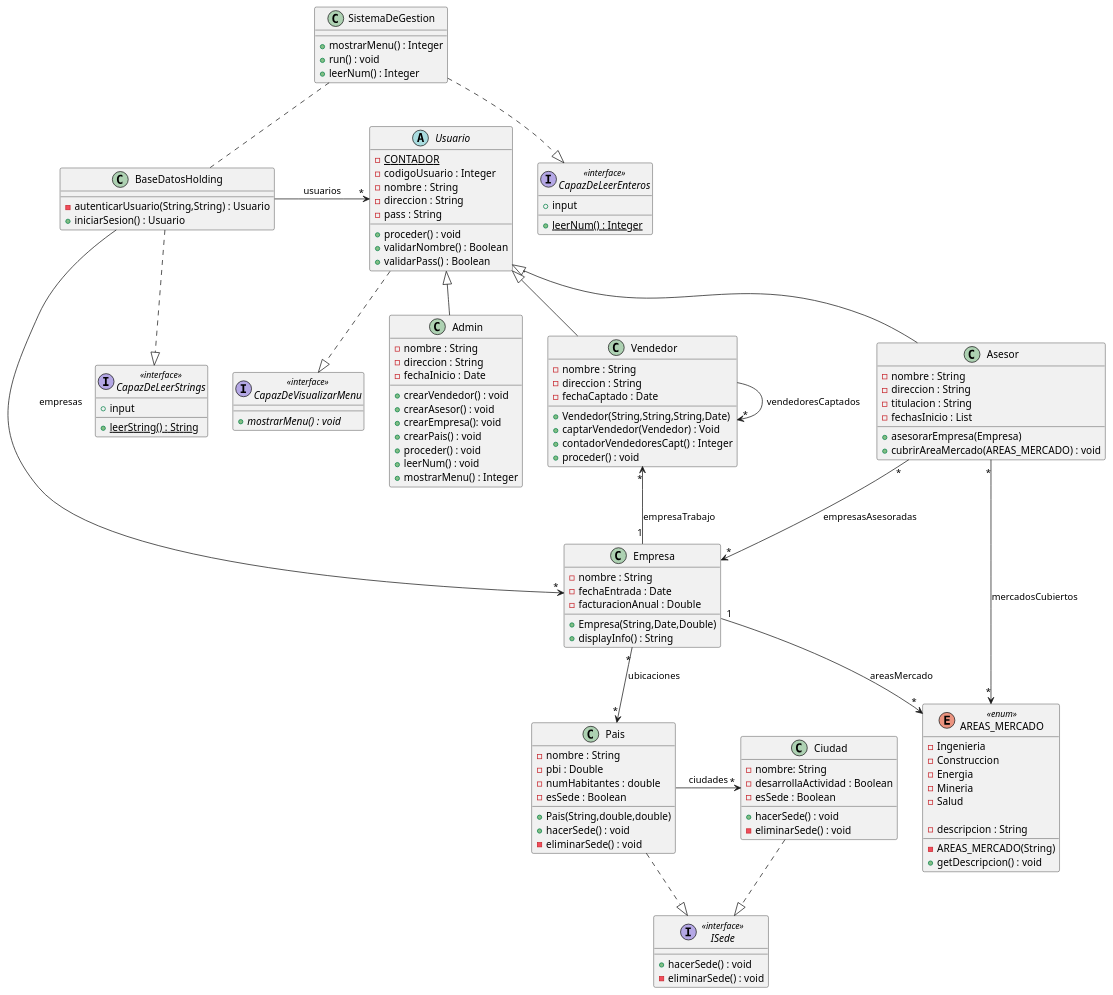
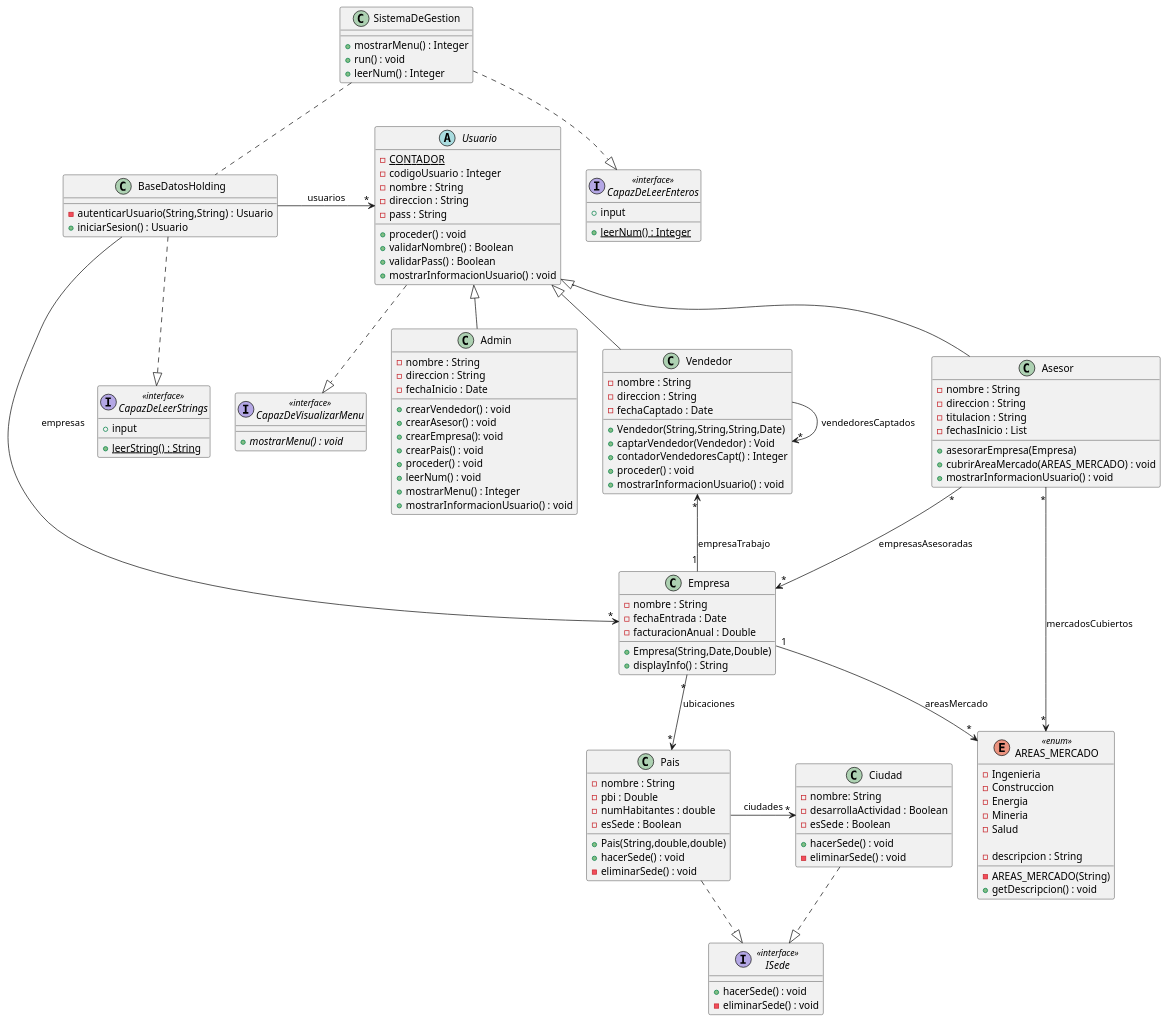
Before and after one commit to maxi-stein/Proyecto-Programacion-2: the diagram in proyecto-programacion2/src/holding/diagrama-de-clases.puml, drawn with PlantUML.

Commit message:
Implementación de mostrarInformacionUsuario()  en UML

```diff
--- a/proyecto-programacion2/src/holding/diagrama-de-clases.puml
+++ b/proyecto-programacion2/src/holding/diagrama-de-clases.puml
@@ -1,137 +1,142 @@
 @startuml
 class SistemaDeGestion{
 +mostrarMenu() : Integer
 +run() : void
 +leerNum() : Integer
 }
 
 class BaseDatosHolding{
 -autenticarUsuario(String,String) : Usuario
 +iniciarSesion() : Usuario
 }
 
 abstract Usuario{
 -{static} CONTADOR
 -codigoUsuario : Integer
 -nombre : String
 -direccion : String
 -pass : String
 
 +proceder() : void
 +validarNombre() : Boolean
 +validarPass() : Boolean
++mostrarInformacionUsuario() : void
 }
 
 class Vendedor extends Usuario{
     -nombre : String
     -direccion : String
     -fechaCaptado : Date
     +Vendedor(String,String,String,Date)
     +captarVendedor(Vendedor) : Void
     +contadorVendedoresCapt() : Integer
     +proceder() : void
+    +mostrarInformacionUsuario() : void
+
 }
 
 class Empresa{
     -nombre : String
     -fechaEntrada : Date
     -facturacionAnual : Double
     +Empresa(String,Date,Double)
     +displayInfo() : String
 }
 
 enum  AREAS_MERCADO <<enum>> {
     -Ingenieria
     -Construccion
     -Energia
     -Mineria
     -Salud
 
     -descripcion : String
 
     -AREAS_MERCADO(String)
     +getDescripcion() : void
 
 }
 
 class Pais{
     -nombre : String
     -pbi : Double
     -numHabitantes : double
     -esSede : Boolean
 
     +Pais(String,double,double)
     +hacerSede() : void
     -eliminarSede() : void
 }
 
 class Ciudad{
     -nombre: String
     -desarrollaActividad : Boolean
     -esSede : Boolean
 
     +hacerSede() : void
     -eliminarSede() : void
 }
 
 interface ISede <<interface>>{
     +hacerSede() : void
     -eliminarSede() : void
 }
 
 interface CapazDeLeerEnteros <<interface>>{
     +input
     +{static} leerNum() : Integer
 }
 
 interface CapazDeLeerStrings <<interface>>{
     +input
     +{static} leerString() : String
 }
 
 interface CapazDeVisualizarMenu <<interface>>{
     +{abstract} mostrarMenu() : void
 }
 
 class Asesor extends Usuario{
 -nombre : String
 -direccion : String
 -titulacion : String
 -fechasInicio : List
 +asesorarEmpresa(Empresa)
 +cubrirAreaMercado(AREAS_MERCADO) : void
++mostrarInformacionUsuario() : void
 
 }
 
 class Admin extends Usuario{
 -nombre : String
 -direccion : String
 -fechaInicio : Date
 +crearVendedor() : void
 +crearAsesor() : void
 +crearEmpresa(): void
 +crearPais() : void
 +proceder() : void
 +leerNum() : void
 +mostrarMenu() : Integer
++mostrarInformacionUsuario() : void
 }
 
 
 SistemaDeGestion -. BaseDatosHolding
 SistemaDeGestion -.|> CapazDeLeerEnteros
 BaseDatosHolding -> "*" Usuario : usuarios
 BaseDatosHolding -> "*" Empresa : empresas
 BaseDatosHolding -.|> CapazDeLeerStrings
 Usuario -.|> CapazDeVisualizarMenu
 Vendedor "*"<-- "1" Empresa : empresaTrabajo
 Vendedor -> "*" Vendedor : vendedoresCaptados
 Empresa "1"--> "*" AREAS_MERCADO : areasMercado
 Empresa "*" --> "*" Pais : ubicaciones
 Pais -> "*" Ciudad : ciudades
 Pais -.|> ISede
 Ciudad -.|> ISede
 Asesor "*"--> "*" AREAS_MERCADO : mercadosCubiertos
 Asesor "*" --> "*" Empresa : empresasAsesoradas
 
 
 @enduml
```
